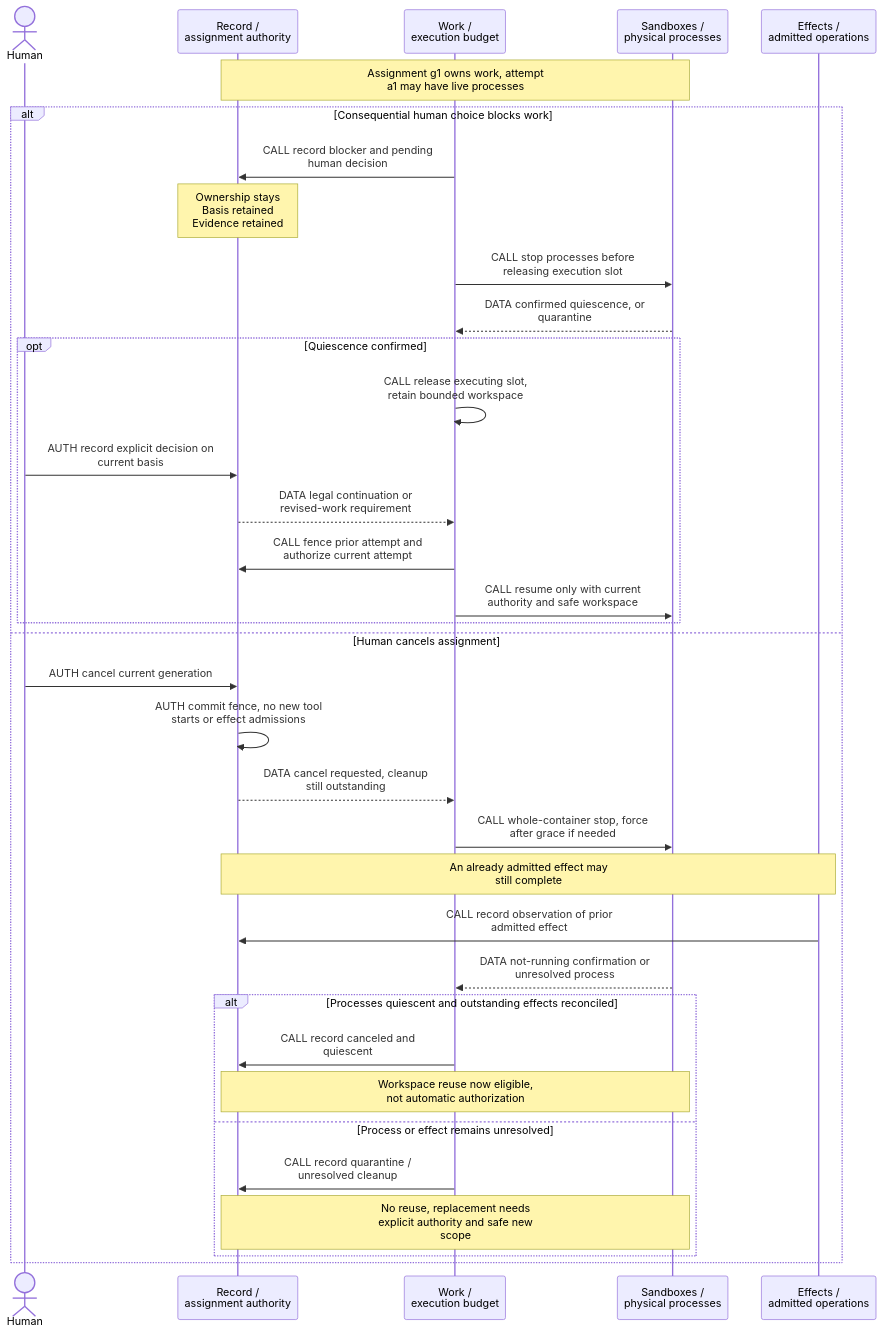
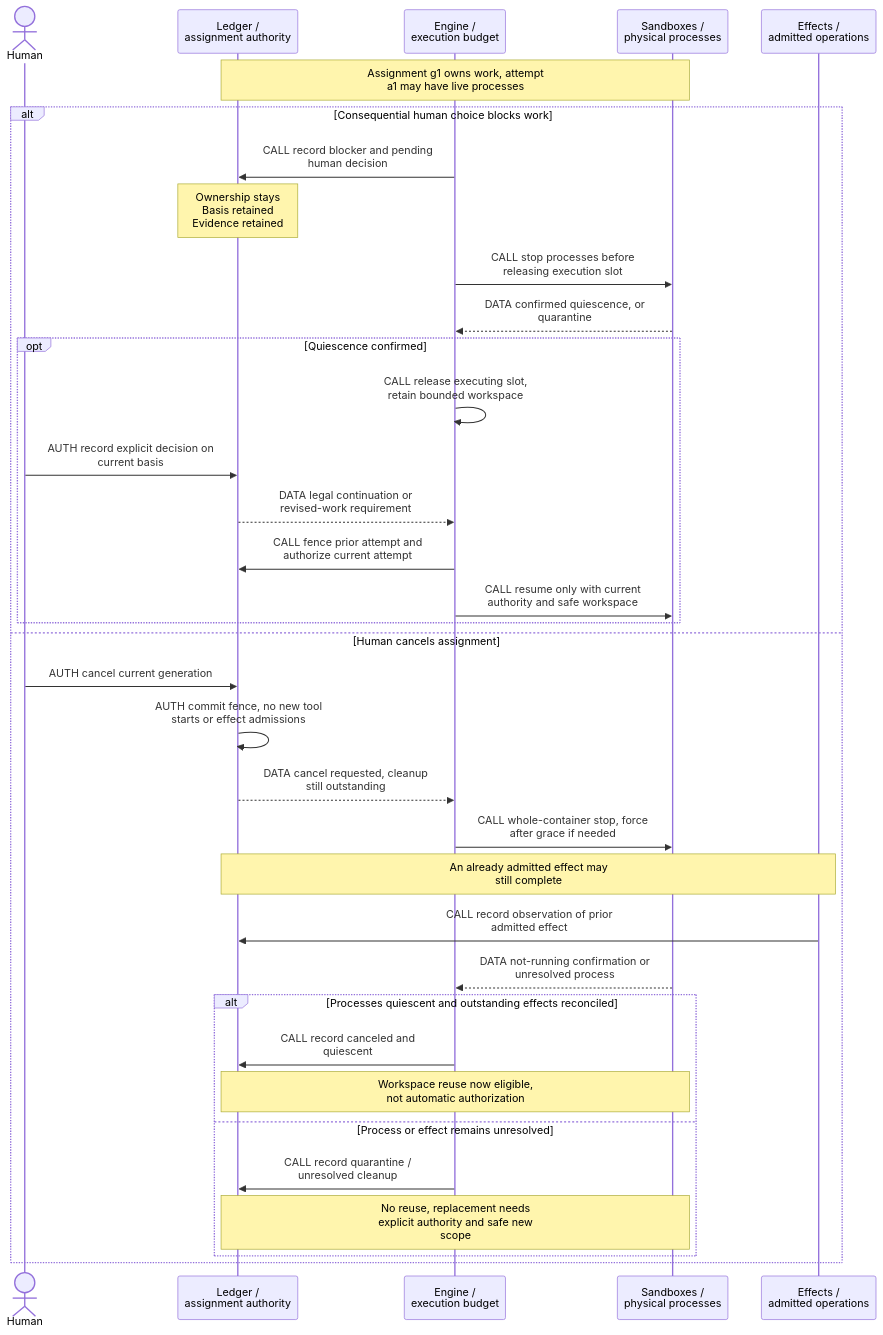
The sixth of 13 diagrams in docs/spec.md (vicrdguez/render), drawn with Mermaid before and after one commit. The commit also changed other lines of this file and 1 other file, not shown here.

````diff
--- a/docs/spec.md
+++ b/docs/spec.md
@@ -511,37 +586,37 @@
 ```mermaid
 sequenceDiagram
     actor H as Human
-    participant R as Record /<br/>assignment authority
-    participant W as Work /<br/>execution budget
+    participant R as Ledger /<br/>assignment authority
+    participant W as Engine /<br/>execution budget
     participant S as Sandboxes /<br/>physical processes
     participant E as Effects /<br/>admitted operations
     Note over R,S: Assignment g1 owns work, attempt<br/>a1 may have live processes
     alt Consequential human choice blocks work
         W->>R: CALL record blocker and pending<br/>human decision
         Note over R: Ownership stays<br/>Basis retained<br/>Evidence retained
         W->>S: CALL stop processes before<br/>releasing execution slot
         S-->>W: DATA confirmed quiescence, or<br/>quarantine
         opt Quiescence confirmed
             W->>W: CALL release executing slot,<br/>retain bounded workspace
             H->>R: AUTH record explicit decision on<br/>current basis
             R-->>W: DATA legal continuation or<br/>revised-work requirement
             W->>R: CALL fence prior attempt and<br/>authorize current attempt
             W->>S: CALL resume only with current<br/>authority and safe workspace
         end
     else Human cancels assignment
         H->>R: AUTH cancel current generation
         R->>R: AUTH commit fence, no new tool<br/>starts or effect admissions
         R-->>W: DATA cancel requested, cleanup<br/>still outstanding
         W->>S: CALL whole-container stop, force<br/>after grace if needed
         Note over R,E: An already admitted effect may<br/>still complete
         E->>R: CALL record observation of prior<br/>admitted effect
         S-->>W: DATA not-running confirmation or<br/>unresolved process
         alt Processes quiescent and outstanding effects reconciled
             W->>R: CALL record canceled and<br/>quiescent
             Note over R,S: Workspace reuse now eligible,<br/>not automatic authorization
         else Process or effect remains unresolved
             W->>R: CALL record quarantine /<br/>unresolved cleanup
             Note over R,S: No reuse, replacement needs<br/>explicit authority and safe new<br/>scope
         end
     end
 ```
````
